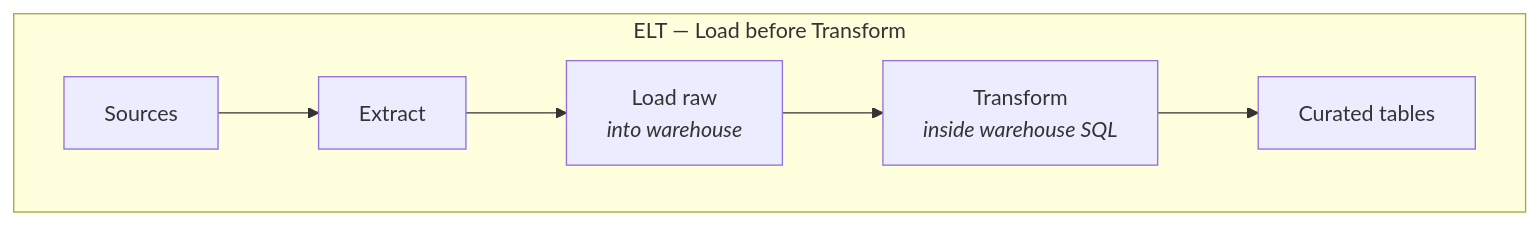
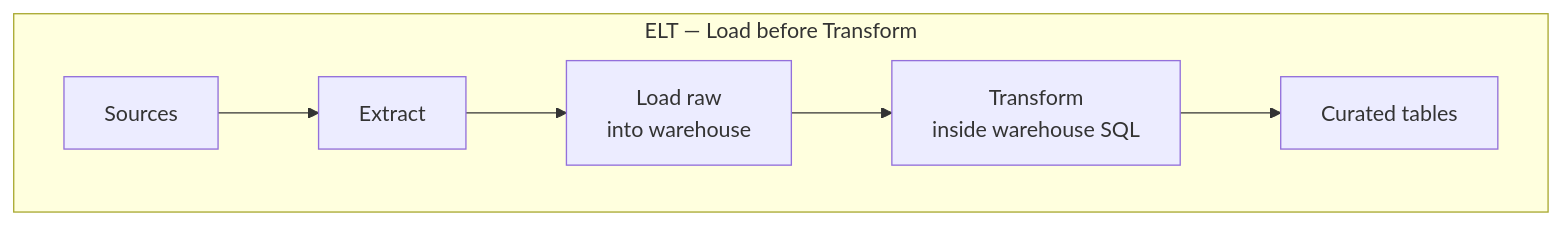
The eighth of 23 diagrams in data-architecture/data-warehouse.md (adnanrahin/adnanrahin.github.io), drawn with Mermaid before and after one commit. The commit also changed other lines of this file and 3 other files, not shown here.

Commit message:
updated the flowchart

````diff
--- a/data-architecture/data-warehouse.md
+++ b/data-architecture/data-warehouse.md
@@ -269,7 +265,7 @@
 ```mermaid
 flowchart LR
     subgraph ELT["ELT — Load before Transform"]
         direction LR
-        S2["Sources"] --> E2["Extract"] --> L2["Load raw<br/><i>into warehouse</i>"] --> T2["Transform<br/><i>inside warehouse SQL</i>"] --> DW2["Curated tables"]
+        S2["Sources"] --> E2["Extract"] --> L2["Load raw<br/>into warehouse"] --> T2["Transform<br/>inside warehouse SQL"] --> DW2["Curated tables"]
     end
 ```
````
